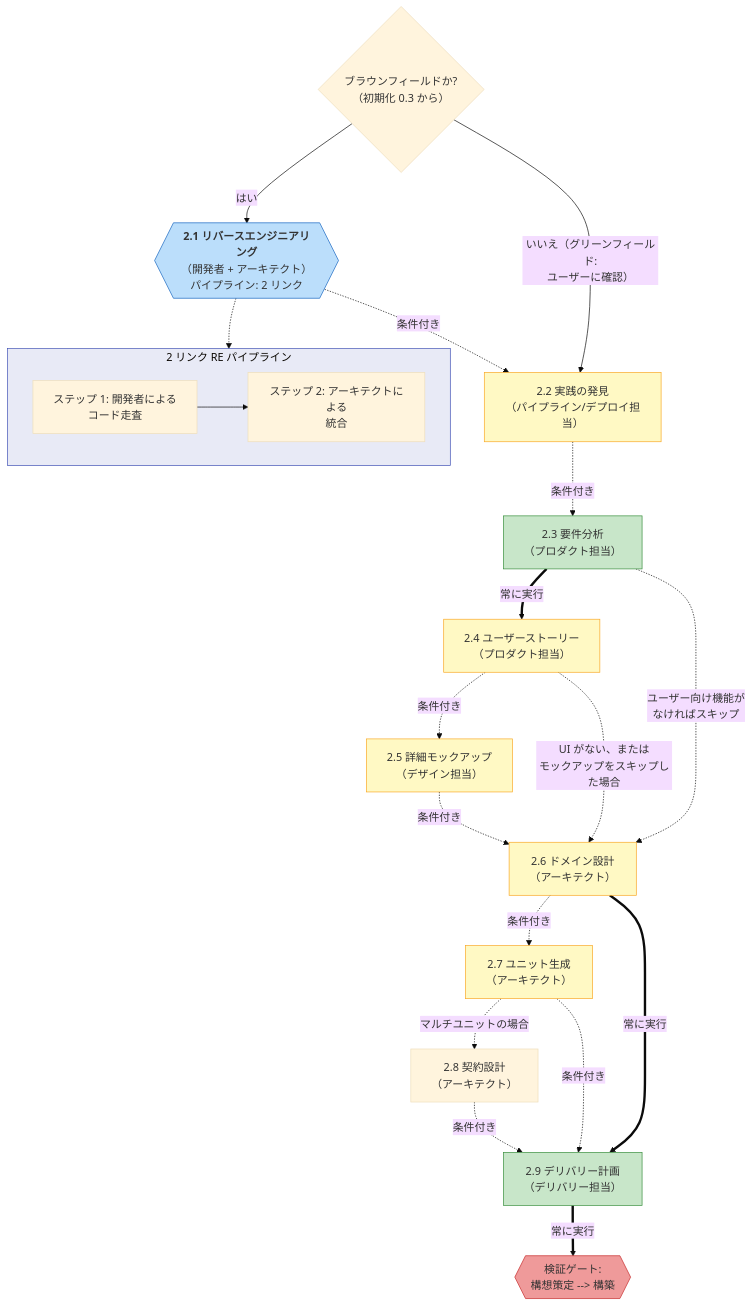
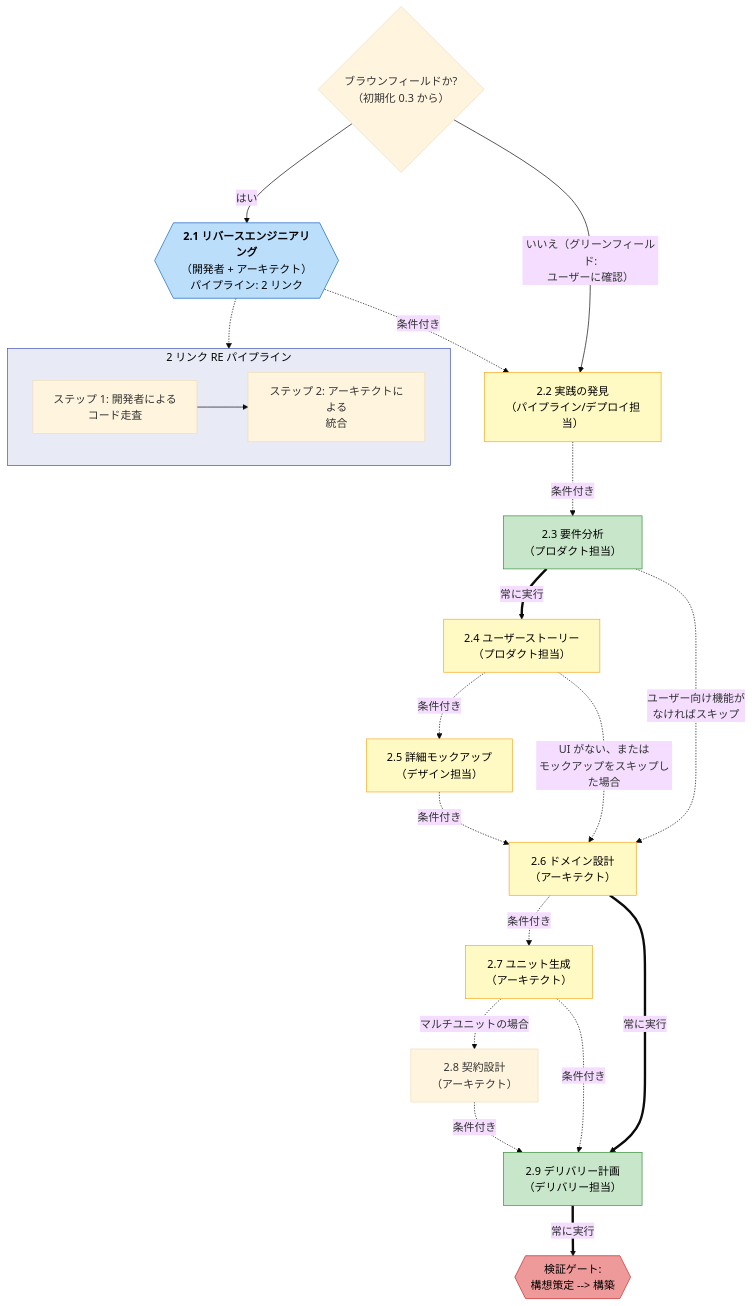
Before and after one commit to otomatty/aidlc-guide: the third of 12 diagrams in docs/reference/ja/diagrams.md, drawn with Mermaid (base theme). The commit also changed other lines of this file and 321 other files, not shown here.

````diff
--- a/docs/reference/ja/diagrams.md
+++ b/docs/reference/ja/diagrams.md
@@ -110,53 +110,53 @@
 ```mermaid
 flowchart TD
     S21{{"`**2.1 リバースエンジニアリング**
     （開発者 + アーキテクト）
     パイプライン: 2 リンク`"}}
     S22A["2.2 実践の発見\n（パイプライン/デプロイ担当）"]
     S22["2.3 要件分析\n（プロダクト担当）"]
     S23["2.4 ユーザーストーリー\n（プロダクト担当）"]
     S24["2.5 詳細モックアップ\n（デザイン担当）"]
     S25["2.6 ドメイン設計\n（アーキテクト）"]
     S26["2.7 ユニット生成\n（アーキテクト）"]
     S28["2.8 契約設計\n（アーキテクト）"]
     S27["2.9 デリバリー計画\n（デリバリー担当）"]
     VG2{{"検証ゲート:\n構想策定 --> 構築"}}
 
     BF_CHECK{"ブラウンフィールドか?\n（初期化 0.3 から）"}
     BF_CHECK -->|はい| S21
     BF_CHECK -->|"いいえ（グリーンフィールド:\nユーザーに確認）"| S22A
     S21 -.->|条件付き| S22A
     S22A -.->|条件付き| S22
 
     subgraph RE_DETAIL["2 リンク RE パイプライン"]
         direction LR
         DEV_SCAN["ステップ 1: 開発者による\nコード走査"]
         ARCH_SYNTH["ステップ 2: アーキテクトによる\n統合"]
         DEV_SCAN --> ARCH_SYNTH
     end
 
     S21 -.-> RE_DETAIL
 
     S22 ==>|常に実行| S23
     S22 -.->|"ユーザー向け機能が\nなければスキップ"| S25
     S23 -.->|条件付き| S24
     S23 -.->|"UI がない、または\nモックアップをスキップした場合"| S25
     S24 -.->|条件付き| S25
     S25 -.->|条件付き| S26
     S25 ==>|常に実行| S27
     S26 -.->|"マルチユニットの場合"| S28
     S26 -.->|条件付き| S27
     S28 -.->|条件付き| S27
     S27 ==>|常に実行| VG2
 
-    style S21 fill:#bbdefb,stroke:#1565c0
-    style S22 fill:#c8e6c9,stroke:#388e3c
-    style S27 fill:#c8e6c9,stroke:#388e3c
-    style S22A fill:#fff9c4,stroke:#f9a825
-    style S23 fill:#fff9c4,stroke:#f9a825
-    style S24 fill:#fff9c4,stroke:#f9a825
-    style S25 fill:#fff9c4,stroke:#f9a825
-    style S26 fill:#fff9c4,stroke:#f9a825
-    style VG2 fill:#ef9a9a,stroke:#c62828
-    style RE_DETAIL fill:#e8eaf6,stroke:#3f51b5
+    style S21 fill:#bbdefb,stroke:#1565c0,color:#000
+    style S22 fill:#c8e6c9,stroke:#388e3c,color:#000
+    style S27 fill:#c8e6c9,stroke:#388e3c,color:#000
+    style S22A fill:#fff9c4,stroke:#f9a825,color:#000
+    style S23 fill:#fff9c4,stroke:#f9a825,color:#000
+    style S24 fill:#fff9c4,stroke:#f9a825,color:#000
+    style S25 fill:#fff9c4,stroke:#f9a825,color:#000
+    style S26 fill:#fff9c4,stroke:#f9a825,color:#000
+    style VG2 fill:#ef9a9a,stroke:#c62828,color:#000
+    style RE_DETAIL fill:#e8eaf6,stroke:#3f51b5,color:#000
 ```
````
